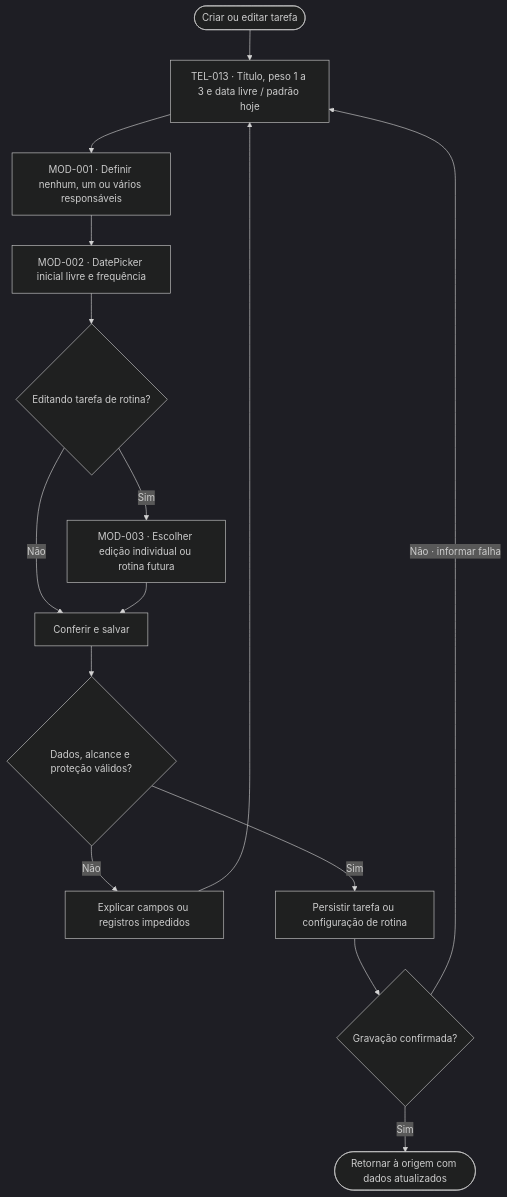
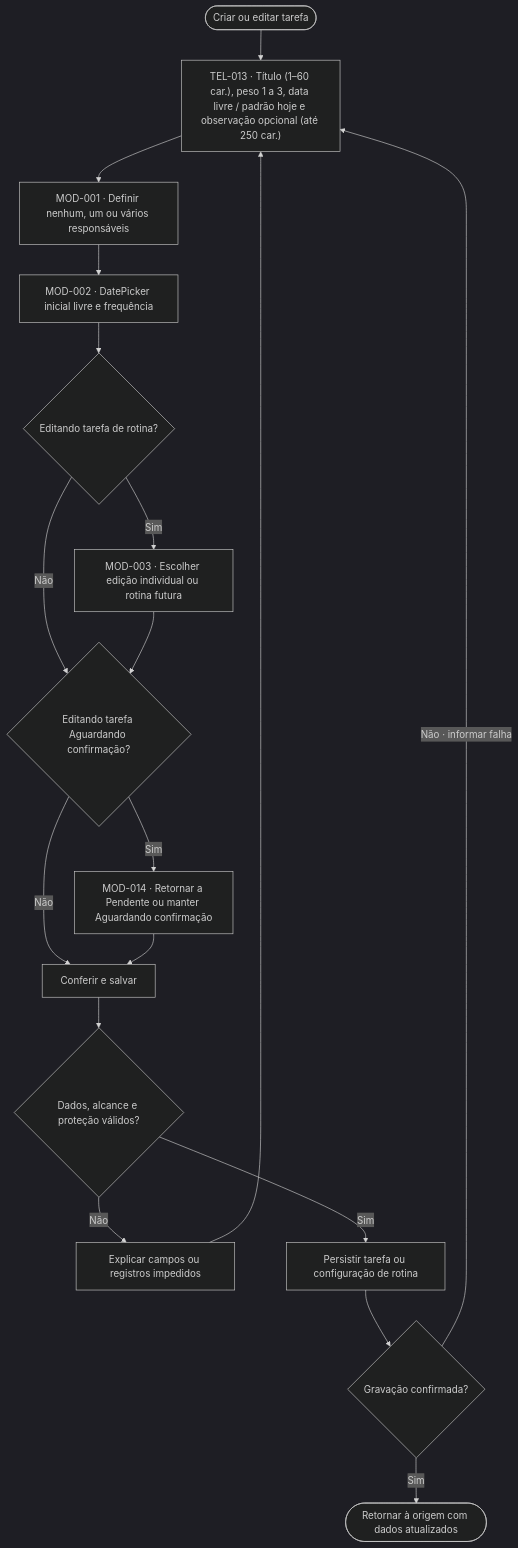
Before and after one commit to lizandramalta/App-Rotina-Familiar: the fifth of 16 diagrams in docs/design/user-flows.md, drawn with Mermaid (dark theme). The commit also changed other lines of this file and 13 other files, not shown here.

````diff
--- a/docs/design/user-flows.md
+++ b/docs/design/user-flows.md
@@ -202,17 +202,20 @@
 ```mermaid
 flowchart TD
-    A(["Criar ou editar tarefa"]) --> B["TEL-013 · Título, peso 1 a 3 e data livre / padrão hoje"]
+    A(["Criar ou editar tarefa"]) --> B["TEL-013 · Título (1–60 car.), peso 1 a 3, data livre / padrão hoje e observação opcional (até 250 car.)"]
     B --> C["MOD-001 · Definir nenhum, um ou vários responsáveis"]
     C --> D["MOD-002 · DatePicker inicial livre e frequência"]
     D --> E{"Editando tarefa de rotina?"}
     E -->|Sim| F["MOD-003 · Escolher edição individual ou rotina futura"]
-    E -->|Não| G["Conferir e salvar"]
-    F --> G
+    E -->|Não| G2{"Editando tarefa Aguardando confirmação?"}
+    F --> G2
+    G2 -->|Sim| F2["MOD-014 · Retornar a Pendente ou manter Aguardando confirmação"]
+    G2 -->|Não| G["Conferir e salvar"]
+    F2 --> G
     G --> H{"Dados, alcance e proteção válidos?"}
     H -->|Não| I["Explicar campos ou registros impedidos"]
     I --> B
     H -->|Sim| J["Persistir tarefa ou configuração de rotina"]
     J --> K{"Gravação confirmada?"}
     K -->|Não · informar falha| B
     K -->|Sim| L(["Retornar à origem com dados atualizados"])
 ```
````
